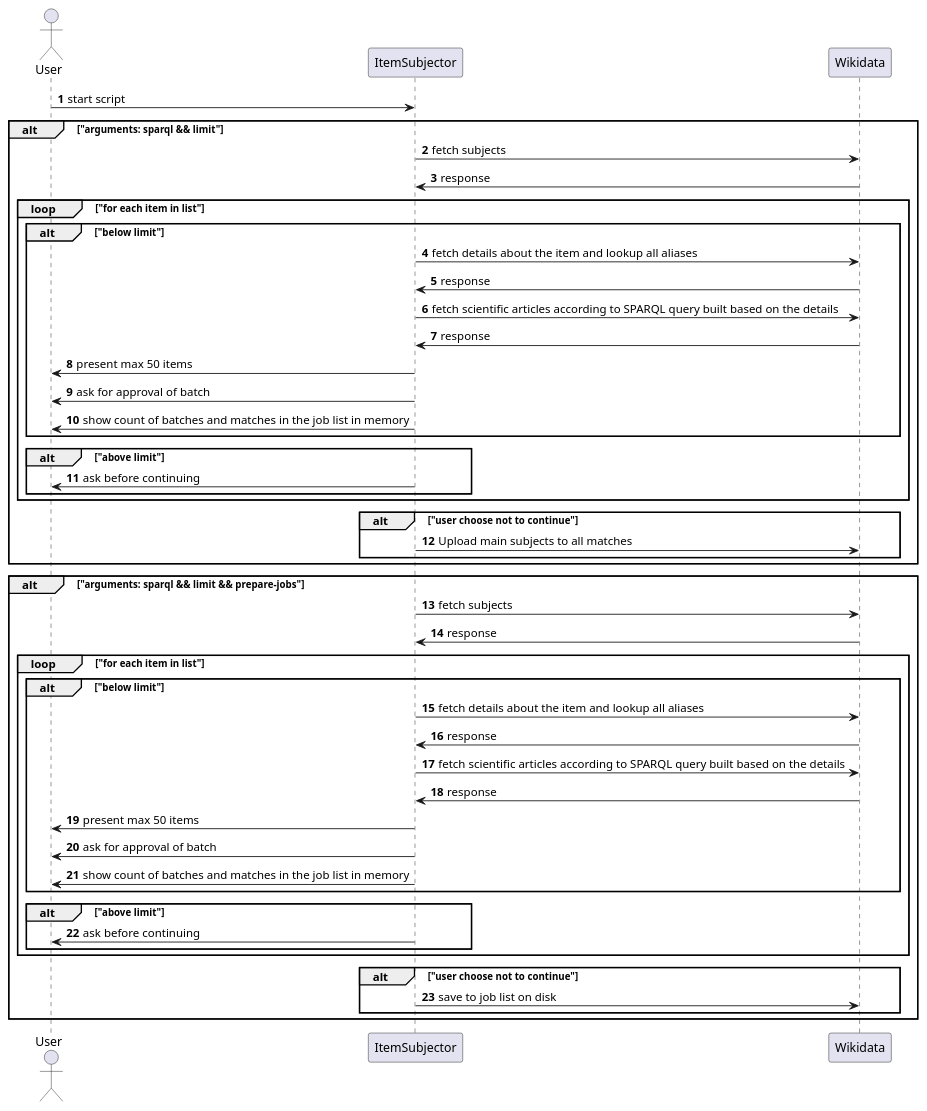
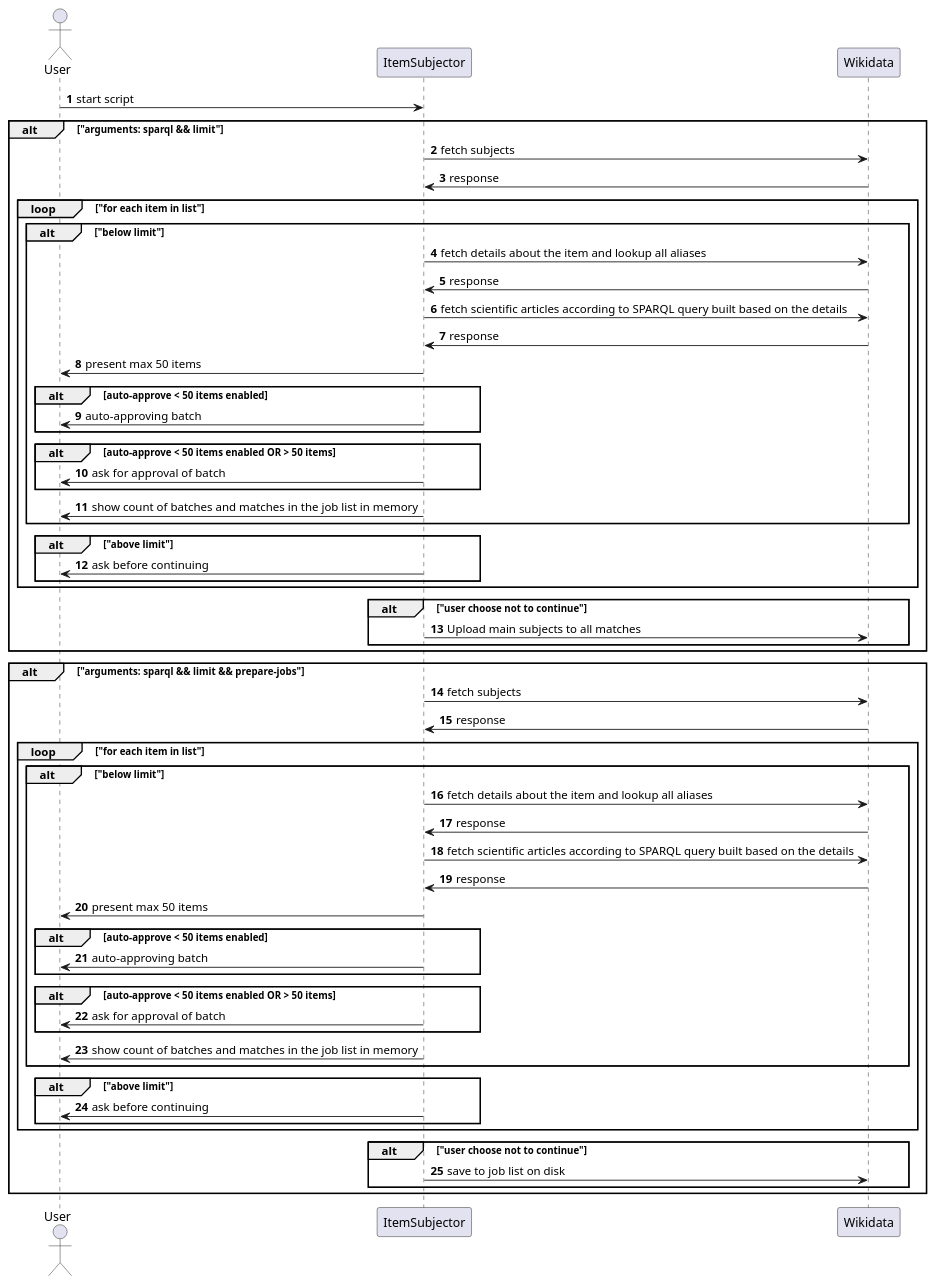
One commit to dpriskorn/ItemSubjector changed the diagram in diagrams/sequence_sparql.puml. Above: the diagram before and after it, drawn with PlantUML.

Commit message:
sequence_sparql.puml: Update

```diff
--- a/diagrams/sequence_sparql.puml
+++ b/diagrams/sequence_sparql.puml
@@ -1,50 +1,60 @@
 @startuml
 'https://plantuml.com/sequence-diagram
 
 autonumber
 actor User
 'cloud Wikidata
 User -> ItemSubjector : start script
 alt "arguments: sparql && limit"
     ItemSubjector -> Wikidata : fetch subjects
     Wikidata -> ItemSubjector : response
     loop "for each item in list"
         alt "below limit"
             ItemSubjector -> Wikidata : fetch details about the item and lookup all aliases
             Wikidata -> ItemSubjector : response
             ItemSubjector -> Wikidata : fetch scientific articles according to SPARQL query built based on the details
             Wikidata -> ItemSubjector : response
             ItemSubjector -> User : present max 50 items
+            alt auto-approve < 50 items enabled
+                ItemSubjector -> User : auto-approving batch
+            end
+            alt auto-approve < 50 items enabled OR > 50 items
             ItemSubjector -> User : ask for approval of batch
+            end
             ItemSubjector -> User : show count of batches and matches in the job list in memory
         end
         alt "above limit"
             ItemSubjector -> User : ask before continuing
         end
     end
     alt "user choose not to continue"
         ItemSubjector -> Wikidata : Upload main subjects to all matches
     end
 end
 alt "arguments: sparql && limit && prepare-jobs"
     ItemSubjector -> Wikidata : fetch subjects
     Wikidata -> ItemSubjector : response
     loop "for each item in list"
         alt "below limit"
             ItemSubjector -> Wikidata : fetch details about the item and lookup all aliases
             Wikidata -> ItemSubjector : response
             ItemSubjector -> Wikidata : fetch scientific articles according to SPARQL query built based on the details
             Wikidata -> ItemSubjector : response
             ItemSubjector -> User : present max 50 items
+                        alt auto-approve < 50 items enabled
+                ItemSubjector -> User : auto-approving batch
+            end
+            alt auto-approve < 50 items enabled OR > 50 items
             ItemSubjector -> User : ask for approval of batch
-            ItemSubjector -> User : show count of batches and matches in the job list in memory
+            end
+ItemSubjector -> User : show count of batches and matches in the job list in memory
         end
         alt "above limit"
             ItemSubjector -> User : ask before continuing
         end
     end
     alt "user choose not to continue"
         ItemSubjector -> Wikidata : save to job list on disk
     end
 end
 @enduml
```
